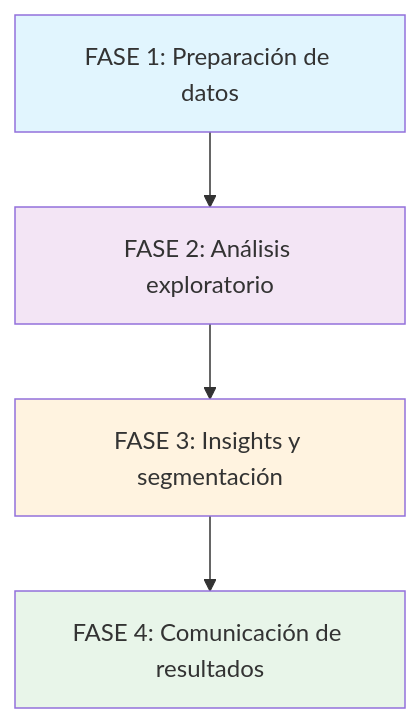
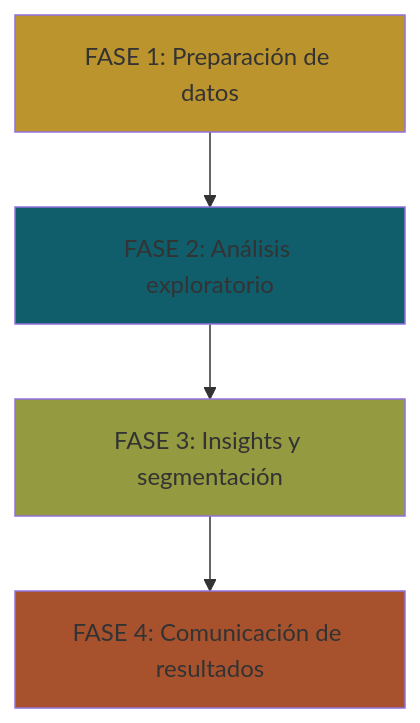
The diagram in docs/notes.md (NaTHuber/digital-sales-analytics), drawn with Mermaid before and after one commit.

Commit message:
[update]: Se modifican estilos del diagrama del esquema de trabajo

````diff
--- a/docs/notes.md
+++ b/docs/notes.md
@@ -53,19 +53,19 @@
 ```mermaid
 graph TD
     FASE1[FASE 1: Preparación de datos]
     
     FASE2[FASE 2: Análisis exploratorio]
     
     FASE3[FASE 3: Insights y segmentación]
     
     FASE4[FASE 4: Comunicación de resultados]
     
     FASE1 --> FASE2
     FASE2 --> FASE3
     FASE3 --> FASE4
     
-    style FASE1 fill:#e1f5fe
-    style FASE2 fill:#f3e5f5
-    style FASE3 fill:#fff3e0
-    style FASE4 fill:#e8f5e9
+    style FASE1 fill:#bc942e
+    style FASE2 fill:#105e6c
+    style FASE3 fill:#939a3f
+    style FASE4 fill:#a8522d
 ```
````
